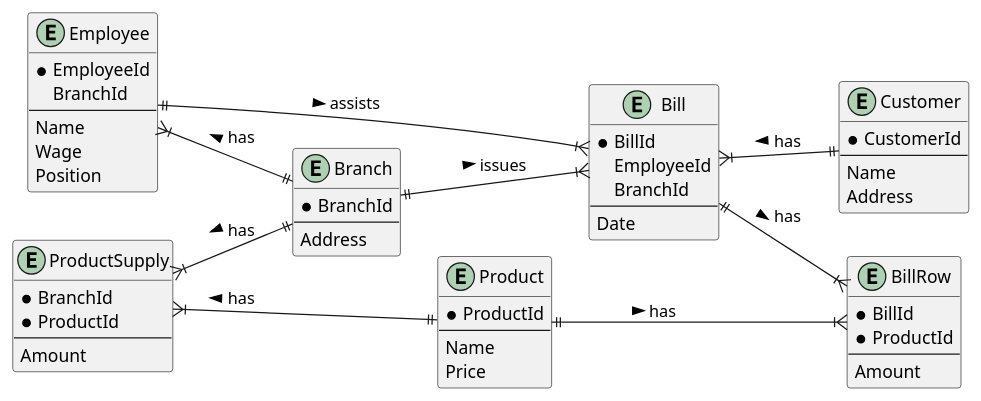
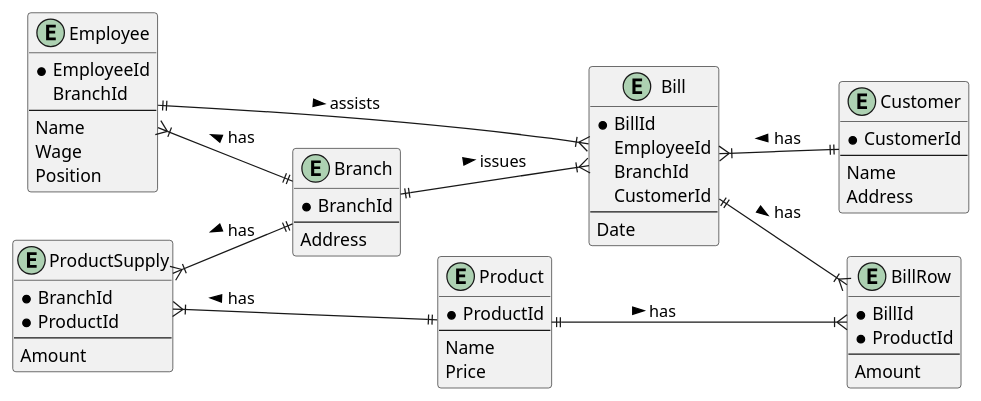
The diagram in docs/erd.puml (aichingert/dbi-mini), drawn with PlantUML before and after one commit. The commit also changed 3 other files, not shown here.

Commit message:
Fixed erd and with it sample data and create statements

```diff
--- a/docs/erd.puml
+++ b/docs/erd.puml
@@ -1,58 +1,59 @@
 @startuml
 left to right direction
 
 Entity Customer {
     * CustomerId
     --
     Name
     Address
 }
 Entity Employee {
     * EmployeeId
     BranchId
     --
     Name
     Wage
     Position
 }
 Entity Branch {
     * BranchId
     --
     Address
 }
 Entity Product {
     * ProductId
     --
     Name
     Price
 }
 Entity ProductSupply {
     * BranchId
     * ProductId
     --
     Amount
 }
 Entity Bill {
     * BillId
     EmployeeId
     BranchId
+    CustomerId
     --
     Date
 }
 Entity BillRow {
     * BillId
     * ProductId
     --
     Amount
 }
 
 Employee ||--|{ Bill :> assists
 ProductSupply }|--|| Branch :< has
 Employee }|--|| Branch :< has
 Branch ||--|{ Bill :> issues
 Bill }|--|| Customer :< has
 Product ||--|{ BillRow :> has
 Bill ||--|{ BillRow :> has
 ProductSupply }|--|| Product :< has
 
 @enduml
```
